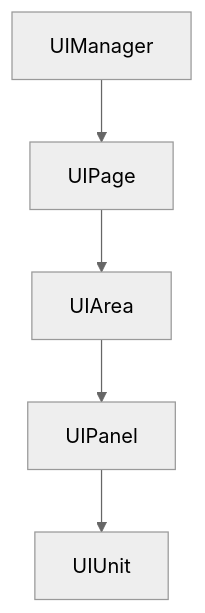
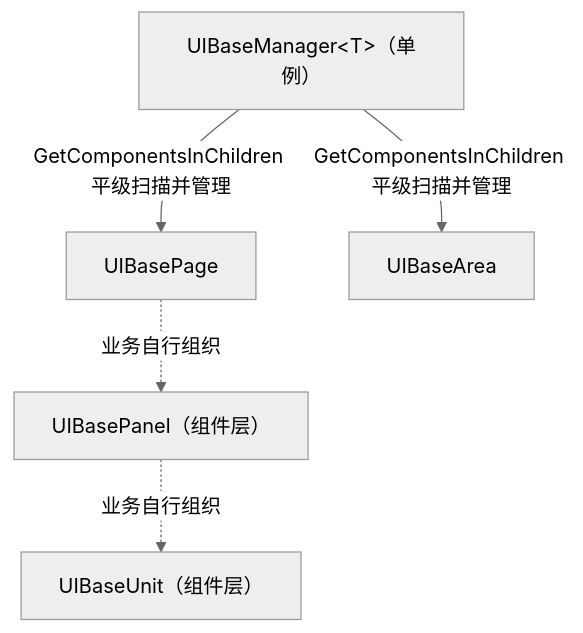
The diagram in Packages/com.cielevel.axu-frame-kit/Runtime/Common/UI/Framework/UI框架.md (Cielevel/AxuFrameKitV2), drawn with Mermaid (neutral theme) before and after one commit. The commit also changed other lines of this file and 4 other files, not shown here.

````diff
--- a/Packages/com.cielevel.axu-frame-kit/Runtime/Common/UI/Framework/UI框架.md
+++ b/Packages/com.cielevel.axu-frame-kit/Runtime/Common/UI/Framework/UI框架.md
@@ -3,13 +5,12 @@
 ```mermaid
 flowchart TD
-    UIManager["UIManager"]     
-    UIPage["UIPage"]
-    UIArea["UIArea"]
-    UIPanel["UIPanel"]
-    UIUnit["UIUnit"]
-    
-    UIManager --> UIPage
-    UIPage --> UIArea
-    UIArea --> UIPanel
-    UIPanel --> UIUnit
+    UIManager["UIBaseManager&lt;T&gt;（单例）"]
+    UIPage["UIBasePage"]
+    UIArea["UIBaseArea"]
+    UIPanel["UIBasePanel（组件层）"]
+    UIUnit["UIBaseUnit（组件层）"]
+    UIManager -->|"GetComponentsInChildren 平级扫描并管理"| UIPage
+    UIManager -->|"GetComponentsInChildren 平级扫描并管理"| UIArea
+    UIPage -.->|"业务自行组织"| UIPanel
+    UIPanel -.->|"业务自行组织"| UIUnit
 ```
````
